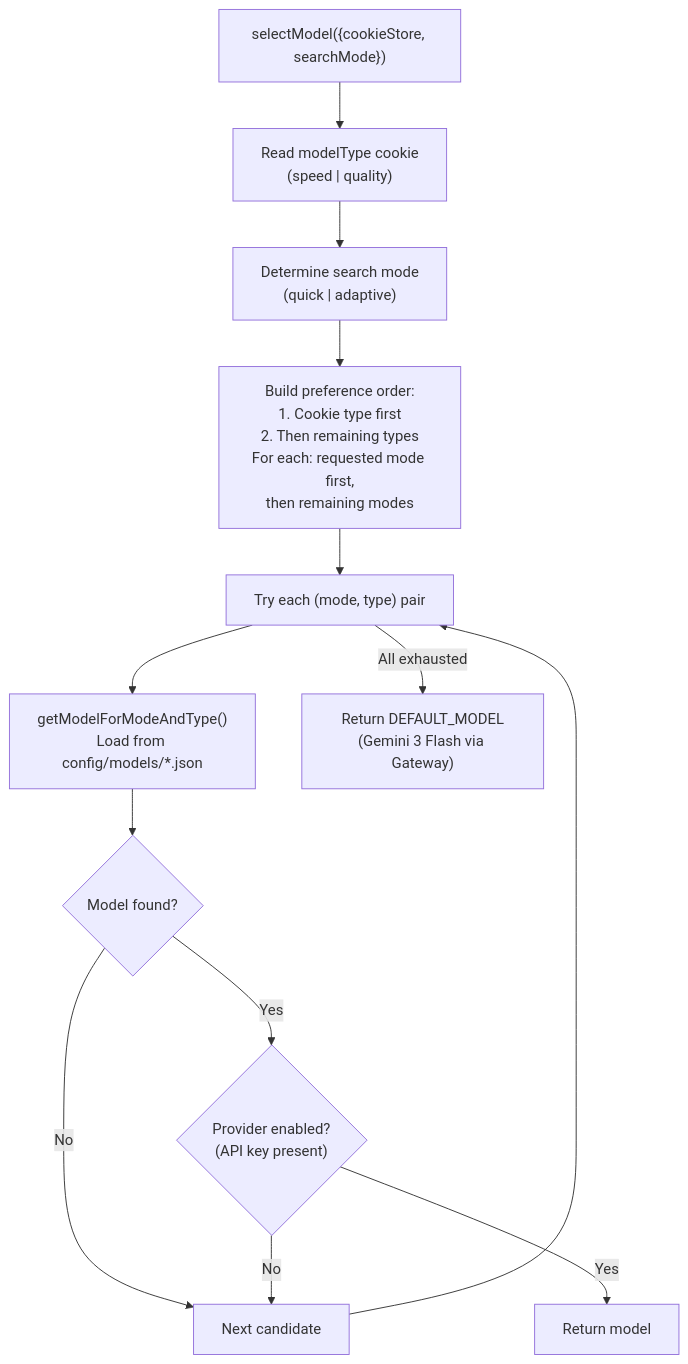
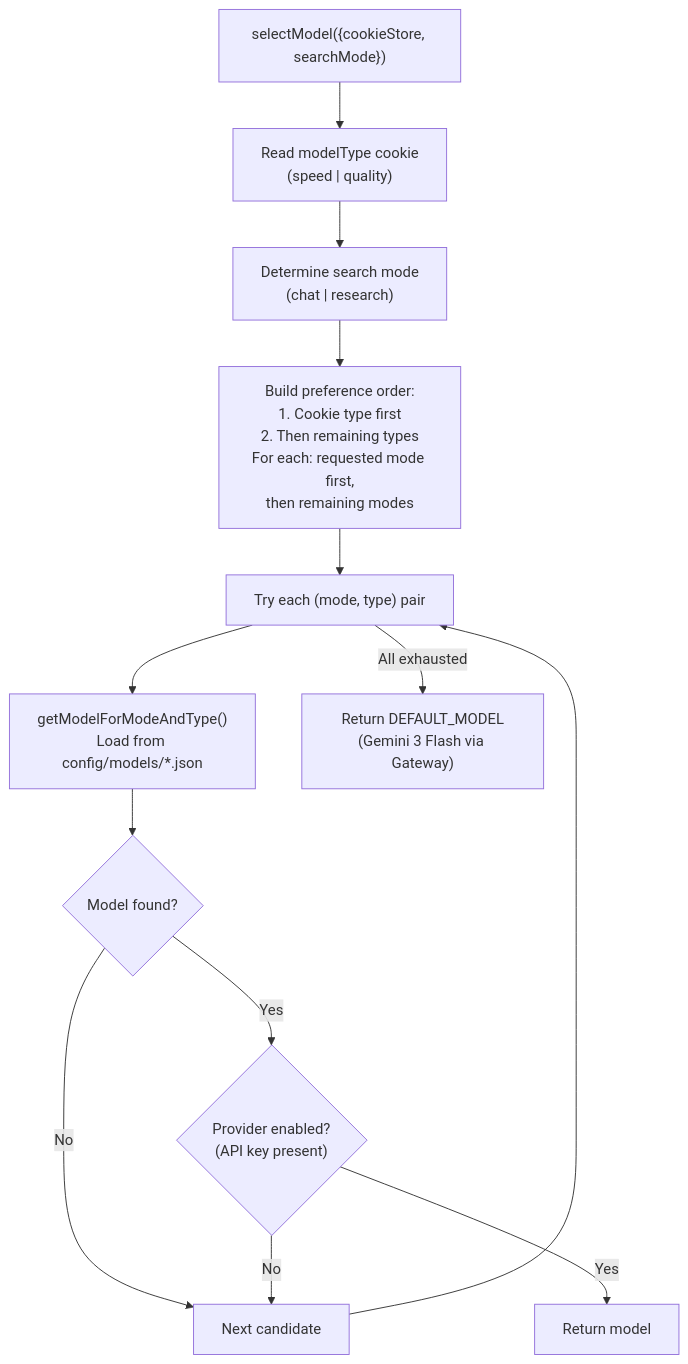
Before and after one commit to NickB03/polymorph: the fifth of 5 diagrams in docs/RESEARCH-AGENT.md, drawn with Mermaid. The commit also changed other lines of this file and 24 other files, not shown here.

First line of the commit message:
feat: rename search modes from Quick/Adaptive to Chat/Research Agent

````diff
--- a/docs/RESEARCH-AGENT.md
+++ b/docs/RESEARCH-AGENT.md
@@ -498,23 +498,23 @@
 ```mermaid
 flowchart TD
     Start["selectModel({cookieStore, searchMode})"]
     ReadType["Read modelType cookie<br/>(speed | quality)"]
-    ReadMode["Determine search mode<br/>(quick | adaptive)"]
+    ReadMode["Determine search mode<br/>(chat | research)"]
     BuildOrder["Build preference order:<br/>1. Cookie type first<br/>2. Then remaining types<br/>For each: requested mode first,<br/>then remaining modes"]
 
     Loop["Try each (mode, type) pair"]
     LoadJSON["getModelForModeAndType()<br/>Load from config/models/*.json"]
     Found{"Model found?"}
     Enabled{"Provider enabled?<br/>(API key present)"}
     Return["Return model"]
     Next["Next candidate"]
     Default["Return DEFAULT_MODEL<br/>(Gemini 3 Flash via Gateway)"]
 
     Start --> ReadType --> ReadMode --> BuildOrder --> Loop
     Loop --> LoadJSON --> Found
     Found -->|No| Next
     Found -->|Yes| Enabled
     Enabled -->|No| Next --> Loop
     Enabled -->|Yes| Return
     Loop -->|"All exhausted"| Default
 ```
````
